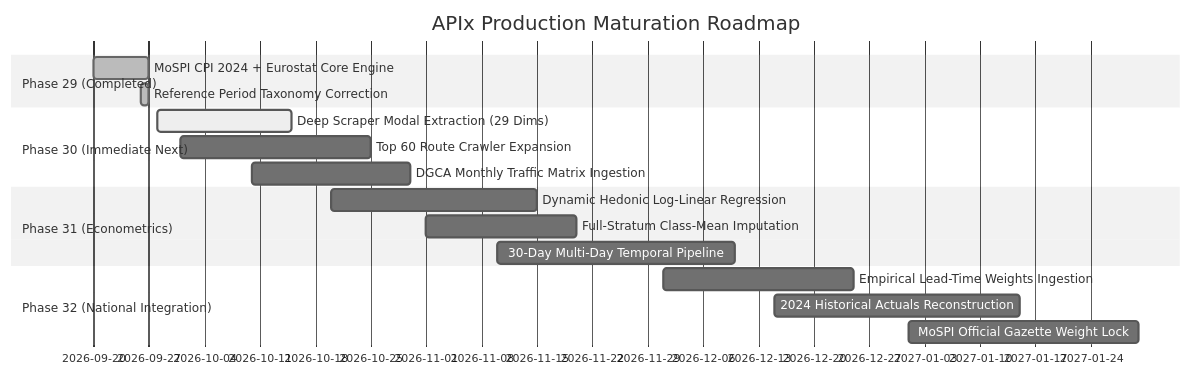
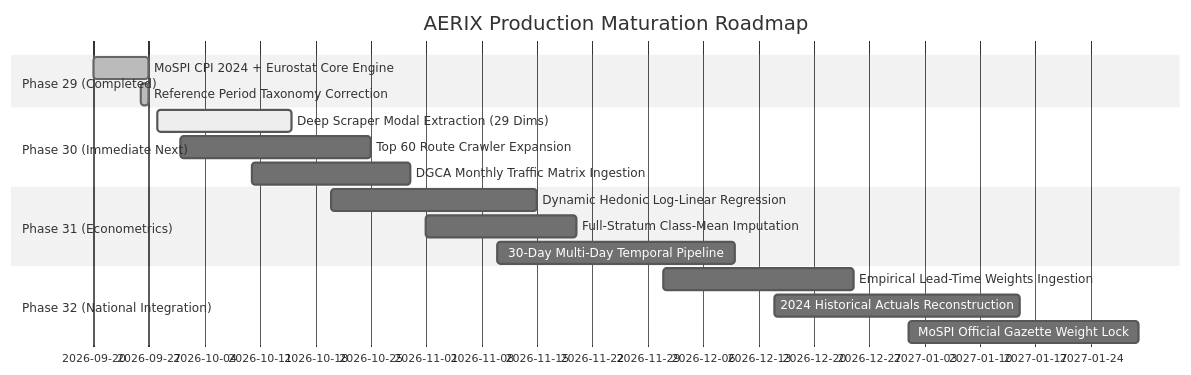
Before and after one commit to HemantJagnani/SIH2026: the diagram in APIx_Remaining_Mathematical_and_Data_Roadmap_Report.md, drawn with Mermaid (neutral theme). The commit also changed other lines of this file and 87 other files, not shown here.

````diff
--- a/APIx_Remaining_Mathematical_and_Data_Roadmap_Report.md
+++ b/APIx_Remaining_Mathematical_and_Data_Roadmap_Report.md
@@ -269,20 +269,20 @@
 ```mermaid
 gantt
-    title APIx Production Maturation Roadmap
+    title AERIX Production Maturation Roadmap
     dateFormat  YYYY-MM-DD
     section Phase 29 (Completed)
     MoSPI CPI 2024 + Eurostat Core Engine   :done, p29, 2026-09-20, 2026-09-27
     Reference Period Taxonomy Correction   :done, p29b, 2026-09-26, 2026-09-27
     section Phase 30 (Immediate Next)
     Deep Scraper Modal Extraction (29 Dims) :active, p30a, 2026-09-28, 2026-10-15
     Top 60 Route Crawler Expansion          :p30b, 2026-10-01, 2026-10-25
     DGCA Monthly Traffic Matrix Ingestion   :p30c, 2026-10-10, 2026-10-30
     section Phase 31 (Econometrics)
     Dynamic Hedonic Log-Linear Regression   :p31a, 2026-10-20, 2026-11-15
     Full-Stratum Class-Mean Imputation      :p31b, 2026-11-01, 2026-11-20
     30-Day Multi-Day Temporal Pipeline      :p31c, 2026-11-10, 2026-12-10
     section Phase 32 (National Integration)
     Empirical Lead-Time Weights Ingestion   :p32a, 2026-12-01, 2026-12-25
     2024 Historical Actuals Reconstruction  :p32b, 2026-12-15, 2027-01-15
     MoSPI Official Gazette Weight Lock      :p32c, 2027-01-01, 2027-01-30
 ```
````
